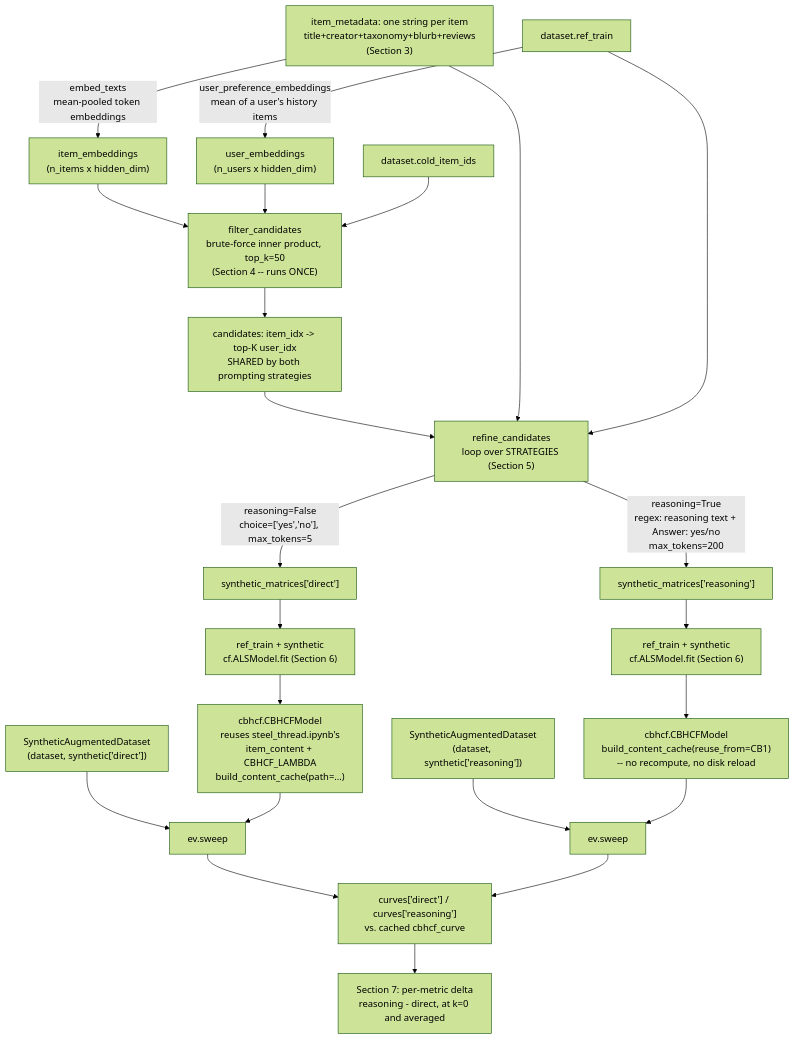
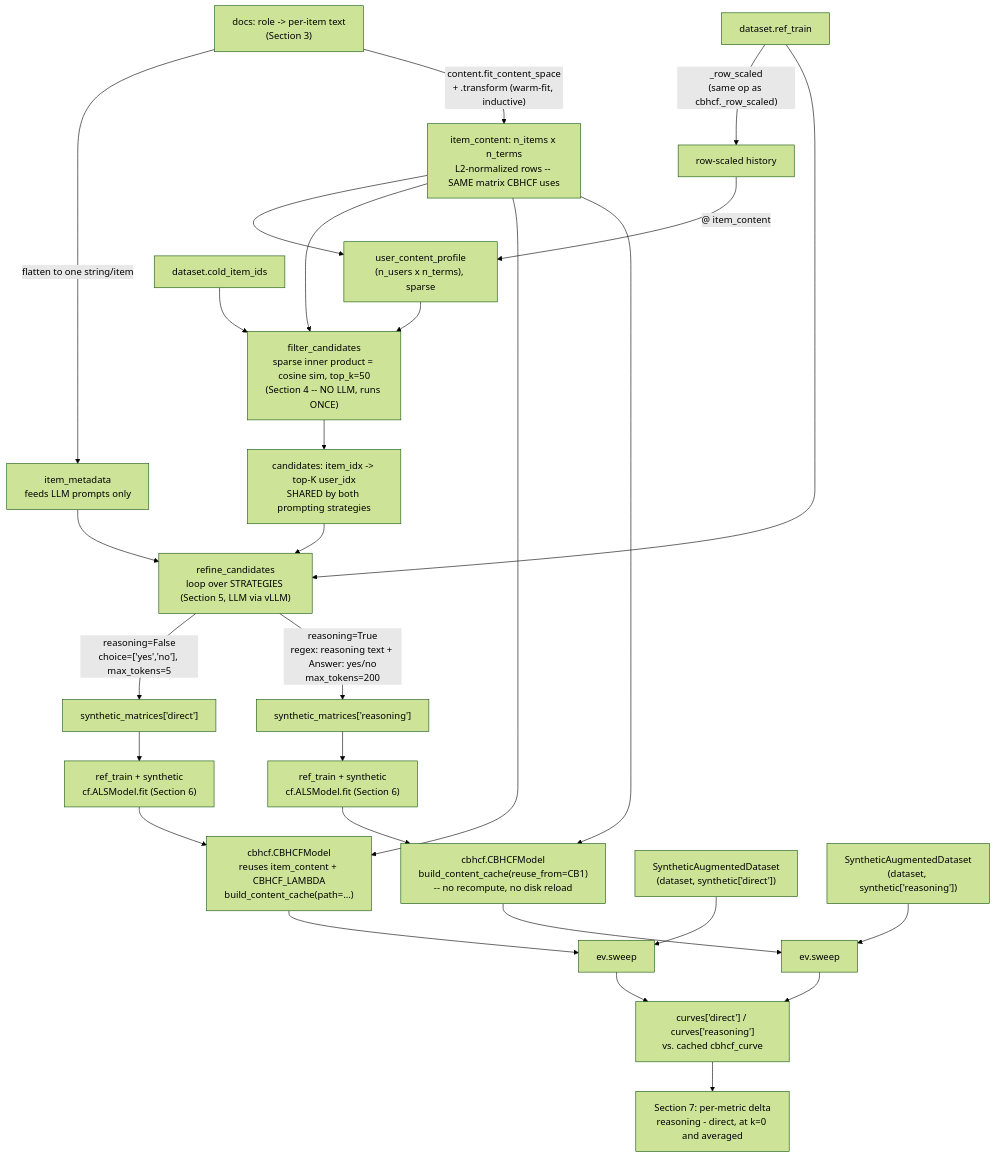
The diagram in design_documents/07-intervention-b-coldllm.md (jessylan/llm-cold-start-recsys), drawn with Mermaid (forest theme) before and after one commit. The commit also changed other lines of this file and 3 other files, not shown here.

````diff
--- a/design_documents/07-intervention-b-coldllm.md
+++ b/design_documents/07-intervention-b-coldllm.md
@@ -26,32 +20,38 @@
 ```mermaid
 flowchart TD
-    META["item_metadata: one string per item<br/>title+creator+taxonomy+blurb+reviews<br/>(Section 3)"] -->|"embed_texts<br/>mean-pooled token embeddings"| IE["item_embeddings<br/>(n_items x hidden_dim)"]
-    TRAIN["dataset.ref_train"] -->|"user_preference_embeddings<br/>mean of a user's history items"| UE["user_embeddings<br/>(n_users x hidden_dim)"]
+    DOCS["docs: role -> per-item text<br/>(Section 3)"] -->|"flatten to one string/item"| META["item_metadata<br/>feeds LLM prompts only"]
+    DOCS -->|"content.fit_content_space<br/>+ .transform (warm-fit, inductive)"| TFIDF["item_content: n_items x n_terms<br/>L2-normalized rows -- SAME matrix CBHCF uses"]
 
-    IE --> FC["filter_candidates<br/>brute-force inner product, top_k=50<br/>(Section 4 -- runs ONCE)"]
-    UE --> FC
+    TRAIN["dataset.ref_train"] -->|"_row_scaled<br/>(same op as cbhcf._row_scaled)"| HIST["row-scaled history"]
+    HIST -->|"@ item_content"| PROF["user_content_profile<br/>(n_users x n_terms), sparse"]
+    TFIDF --> PROF
+
+    TFIDF --> FC["filter_candidates<br/>sparse inner product = cosine sim, top_k=50<br/>(Section 4 -- NO LLM, runs ONCE)"]
+    PROF --> FC
     COLD["dataset.cold_item_ids"] --> FC
     FC --> CAND["candidates: item_idx -> top-K user_idx<br/>SHARED by both prompting strategies"]
 
-    CAND --> RC["refine_candidates<br/>loop over STRATEGIES (Section 5)"]
+    CAND --> RC["refine_candidates<br/>loop over STRATEGIES (Section 5, LLM via vLLM)"]
     META --> RC
     TRAIN --> RC
 
     RC -->|"reasoning=False<br/>choice=['yes','no'], max_tokens=5"| SB1["synthetic_matrices['direct']"]
     RC -->|"reasoning=True<br/>regex: reasoning text + Answer: yes/no<br/>max_tokens=200"| SB2["synthetic_matrices['reasoning']"]
 
     SB1 --> FIT1["ref_train + synthetic<br/>cf.ALSModel.fit (Section 6)"]
     SB2 --> FIT2["ref_train + synthetic<br/>cf.ALSModel.fit (Section 6)"]
 
-    FIT1 --> CB1["cbhcf.CBHCFModel<br/>reuses steel_thread.ipynb's<br/>item_content + CBHCF_LAMBDA<br/>build_content_cache(path=...)"]
+    FIT1 --> CB1["cbhcf.CBHCFModel<br/>reuses item_content + CBHCF_LAMBDA<br/>build_content_cache(path=...)"]
     FIT2 --> CB2["cbhcf.CBHCFModel<br/>build_content_cache(reuse_from=CB1)<br/>-- no recompute, no disk reload"]
+    TFIDF --> CB1
+    TFIDF --> CB2
 
     AUG1["SyntheticAugmentedDataset<br/>(dataset, synthetic['direct'])"] --> SWEEP1["ev.sweep"]
     AUG2["SyntheticAugmentedDataset<br/>(dataset, synthetic['reasoning'])"] --> SWEEP2["ev.sweep"]
     CB1 --> SWEEP1
     CB2 --> SWEEP2
 
     SWEEP1 --> CURVES["curves['direct'] / curves['reasoning']<br/>vs. cached cbhcf_curve"]
     SWEEP2 --> CURVES
     CURVES --> CMP["Section 7: per-metric delta<br/>reasoning - direct, at k=0 and averaged"]
 ```
````
